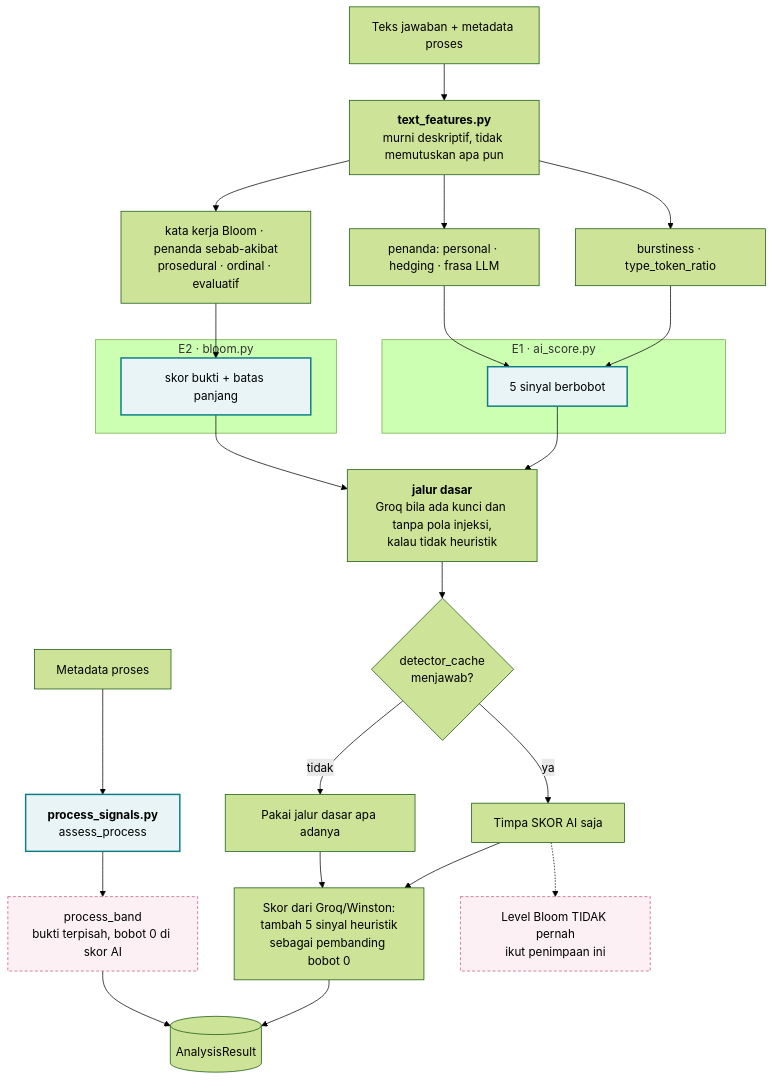
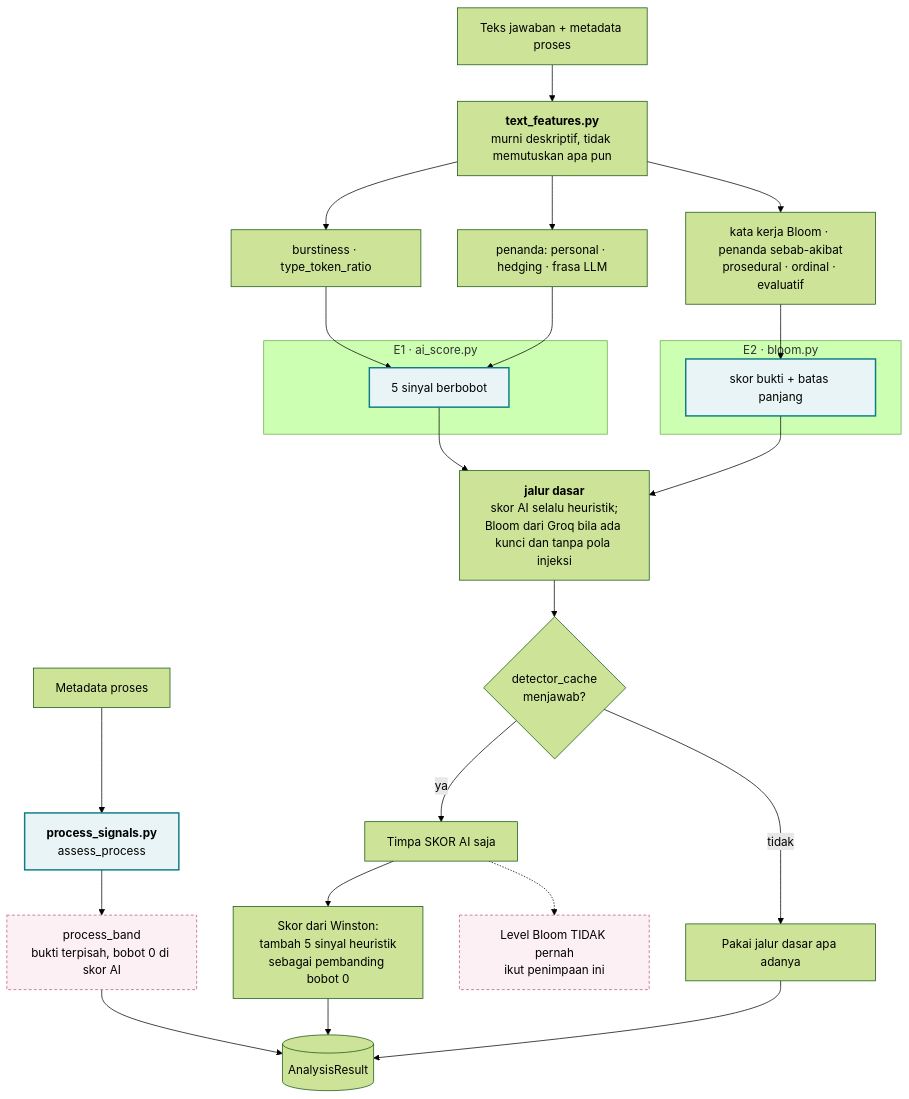
Before and after one commit to FadhRach/ThinkPath: the first of 8 diagrams in diagram/05-alur-analisis.md, drawn with Mermaid (forest theme). The commit also changed other lines of this file and 30 other files, not shown here.

````diff
--- a/diagram/05-alur-analisis.md
+++ b/diagram/05-alur-analisis.md
@@ -15,40 +15,40 @@
 ```mermaid
 flowchart TB
     IN["Teks jawaban + metadata proses"] --> TF["<b>text_features.py</b><br/>murni deskriptif, tidak memutuskan apa pun"]
 
     TF --> F1["burstiness · type_token_ratio"]
     TF --> F2["penanda: personal · hedging · frasa LLM"]
     TF --> F3["kata kerja Bloom · penanda sebab-akibat<br/>prosedural · ordinal · evaluatif"]
 
     F1 --> E1
     F2 --> E1
     F3 --> E2
 
     subgraph E1G["E1 · ai_score.py"]
         E1["5 sinyal berbobot"]
     end
     subgraph E2G["E2 · bloom.py"]
         E2["skor bukti + batas panjang"]
     end
 
     PROC["Metadata proses"] --> PS["<b>process_signals.py</b><br/>assess_process"]
     PS --> PB["process_band<br/>bukti terpisah, bobot 0 di skor AI"]
 
-    E1 --> BASE["<b>jalur dasar</b><br/>Groq bila ada kunci dan tanpa pola injeksi,<br/>kalau tidak heuristik"]
+    E1 --> BASE["<b>jalur dasar</b><br/>skor AI selalu heuristik;<br/>Bloom dari Groq bila ada kunci dan tanpa pola injeksi"]
     E2 --> BASE
     BASE --> DET{"detector_cache<br/>menjawab?"}
     DET -->|"ya"| OVL["Timpa SKOR AI saja"]
     DET -->|"tidak"| KEEP["Pakai jalur dasar apa adanya"]
-    OVL --> CMP["Skor dari Groq/Winston:<br/>tambah 5 sinyal heuristik<br/>sebagai pembanding bobot 0"]
-    KEEP --> CMP
+    OVL --> CMP["Skor dari Winston:<br/>tambah 5 sinyal heuristik<br/>sebagai pembanding bobot 0"]
     CMP --> R[("AnalysisResult")]
+    KEEP --> R
     PB --> R
 
     BLOOM["Level Bloom TIDAK pernah<br/>ikut penimpaan ini"]
     OVL -.-> BLOOM
 
     classDef inti fill:#E8F4F5,stroke:#0E7C86,stroke-width:2px
     classDef jaga fill:#FDF0F4,stroke:#C2547A,stroke-dasharray:4 3
     class E1,E2,PS inti
     class BLOOM,PB jaga
 ```
````
